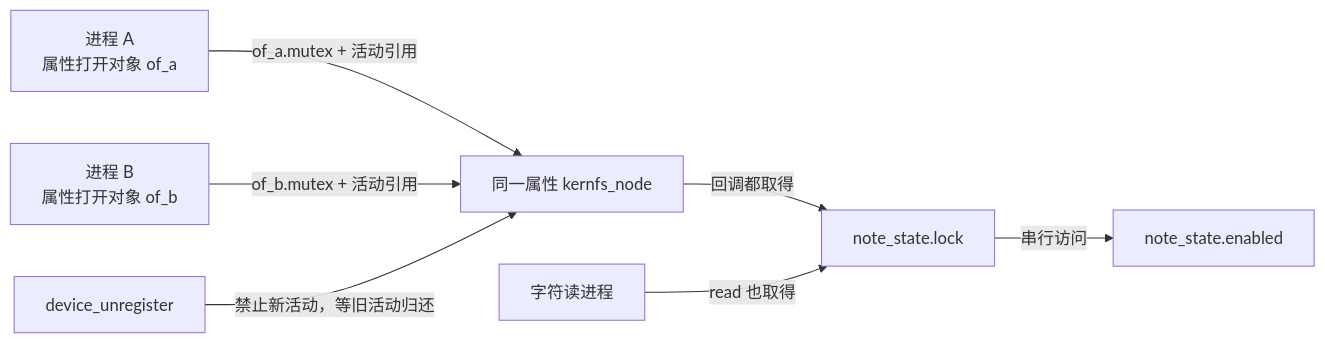
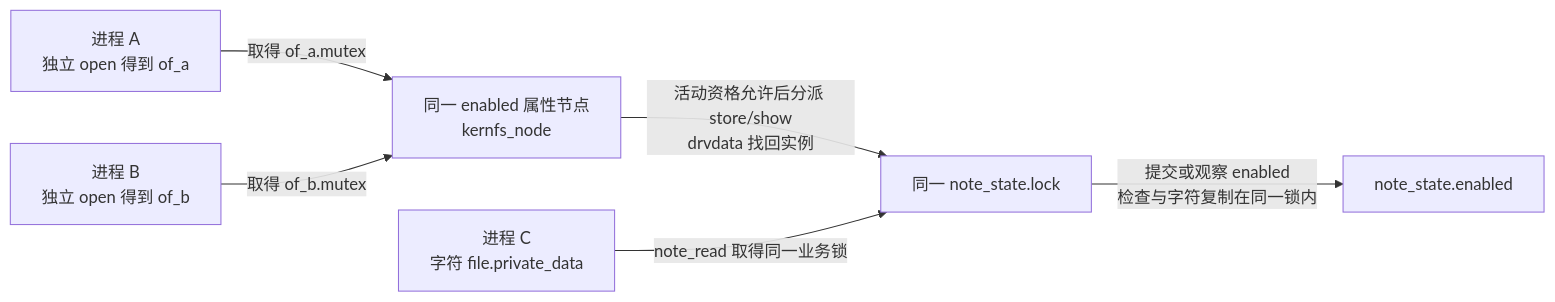
One commit to FormingSystem/linux_note changed the first of 5 diagrams in knowledge/linux/device_model/class_sysfs/P04_并发访问与撤销.md. Above: the diagram before and after it, drawn with Mermaid. The commit also changed other lines of this file and 9 other files, not shown here.

````diff
--- a/knowledge/linux/device_model/class_sysfs/P04_并发访问与撤销.md
+++ b/knowledge/linux/device_model/class_sysfs/P04_并发访问与撤销.md
@@ -28,9 +23,8 @@
 ```mermaid
 flowchart LR
-    a["进程 A<br/>属性打开对象 of_a"] -->|"of_a.mutex + 活动引用"| attr["同一属性 kernfs_node"]
-    b["进程 B<br/>属性打开对象 of_b"] -->|"of_b.mutex + 活动引用"| attr
-    attr -->|"回调都取得"| lock["note_state.lock"]
-    c["字符读进程"] -->|"read 也取得"| lock
-    lock -->|"串行访问"| value["note_state.enabled"]
-    remove["device_unregister"] -->|"禁止新活动，等旧活动归还"| attr
+    a["进程 A<br/>独立 open 得到 of_a"] -->|"取得 of_a.mutex"| attr["同一 enabled 属性节点<br/>kernfs_node"]
+    b["进程 B<br/>独立 open 得到 of_b"] -->|"取得 of_b.mutex"| attr
+    attr -->|"活动资格允许后分派 store/show<br/>drvdata 找回实例"| lock["同一 note_state.lock"]
+    c["进程 C<br/>字符 file.private_data"] -->|"note_read 取得同一业务锁"| lock
+    lock -->|"提交或观察 enabled<br/>检查与字符复制在同一锁内"| value["note_state.enabled"]
 ```
````
